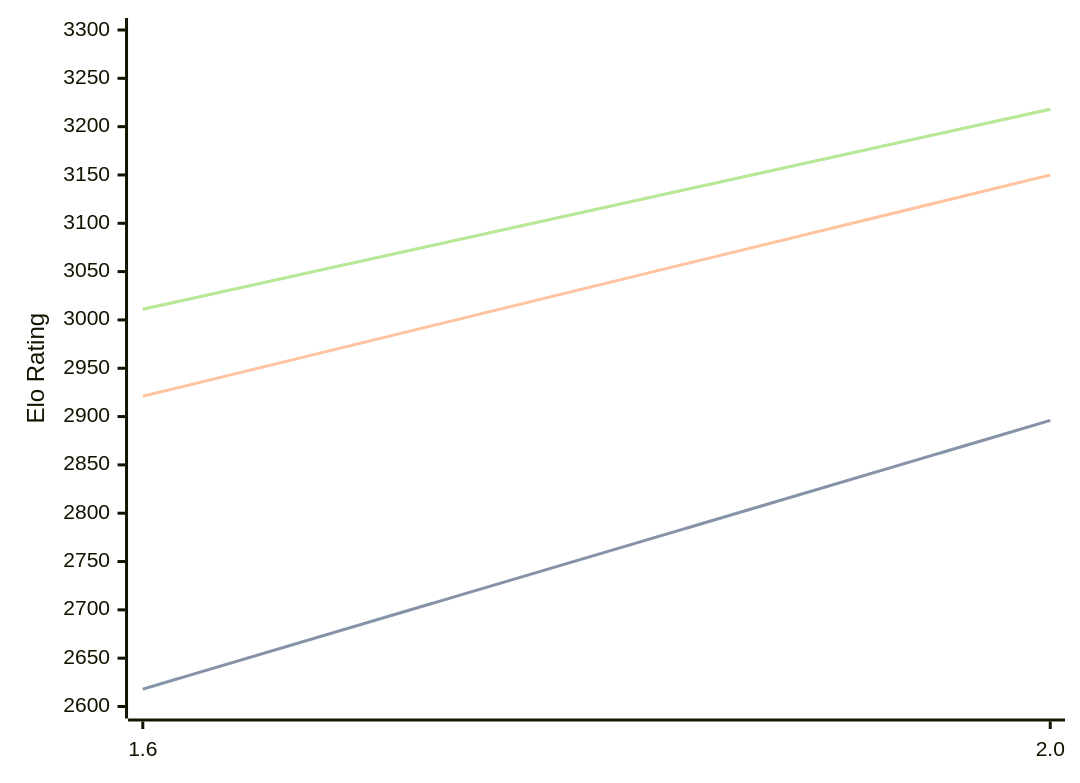
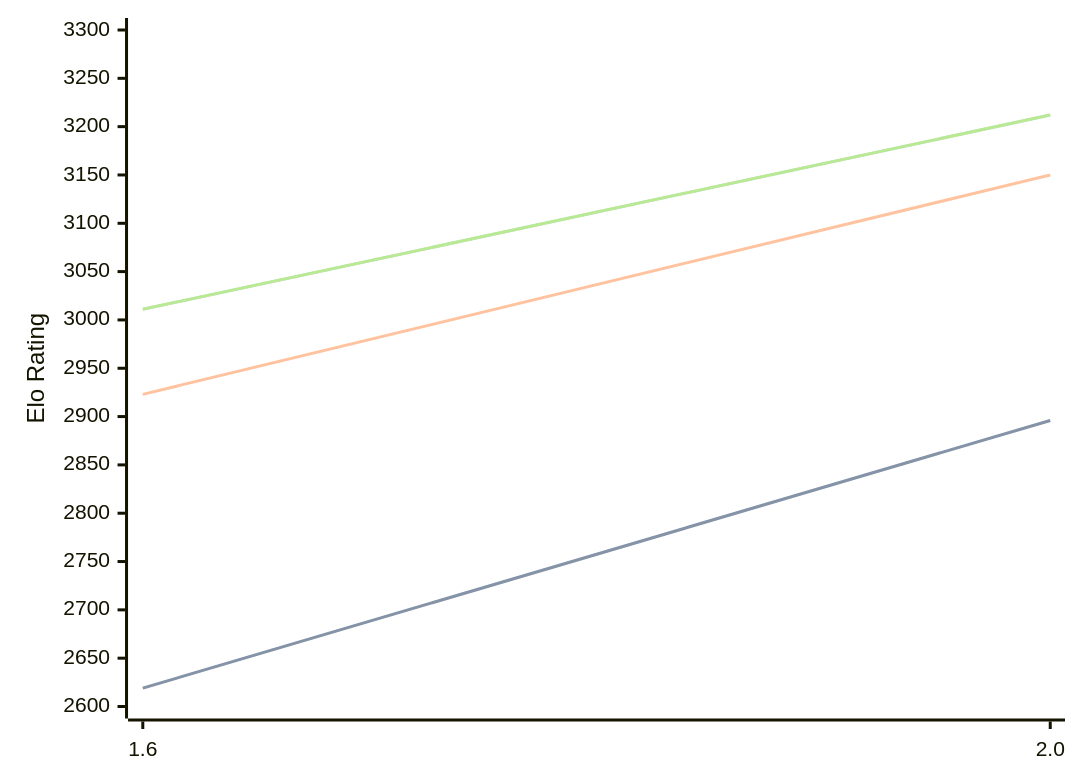
One commit to computer-chess-index/cci changed the diagram in engines/Onyx.md. Above: the diagram before and after it, drawn with Mermaid. The commit also changed other lines of this file, not shown here.

Commit message:
Update CCI Ratings (ELO VLTC) - 2026-07-26

````diff
--- a/engines/Onyx.md
+++ b/engines/Onyx.md
@@ -32,11 +32,11 @@
 ```mermaid
 %%{init: {"theme":"base","themeVariables":{"seriesColors:['#a3a3a3','#222221','#faa371']}}}%%
 xychart-beta
   x-axis ["1.6", "2.0"]
   y-axis "Elo Rating" 2600 --> 3300
-  line "STC (8.0+0.08s)" [2618, 2896]
-  line "STC (8.0+0.08s)" [2618, 2896]
-  line "LTC (60.0+0.60s)" [2921, 3150]
-  line "VLTC (2m24s+1.12s)" [3011, 3218]
-  line "VLTC (2m24s+1.12s)" [3011, 3218]
+  line "STC (8.0+0.08s)" [2619, 2896]
+  line "STC (8.0+0.08s)" [2619, 2896]
+  line "LTC (60.0+0.60s)" [2923, 3150]
+  line "VLTC (2m24s+1.12s)" [3011, 3212]
+  line "VLTC (2m24s+1.12s)" [3011, 3212]
 ```
````
